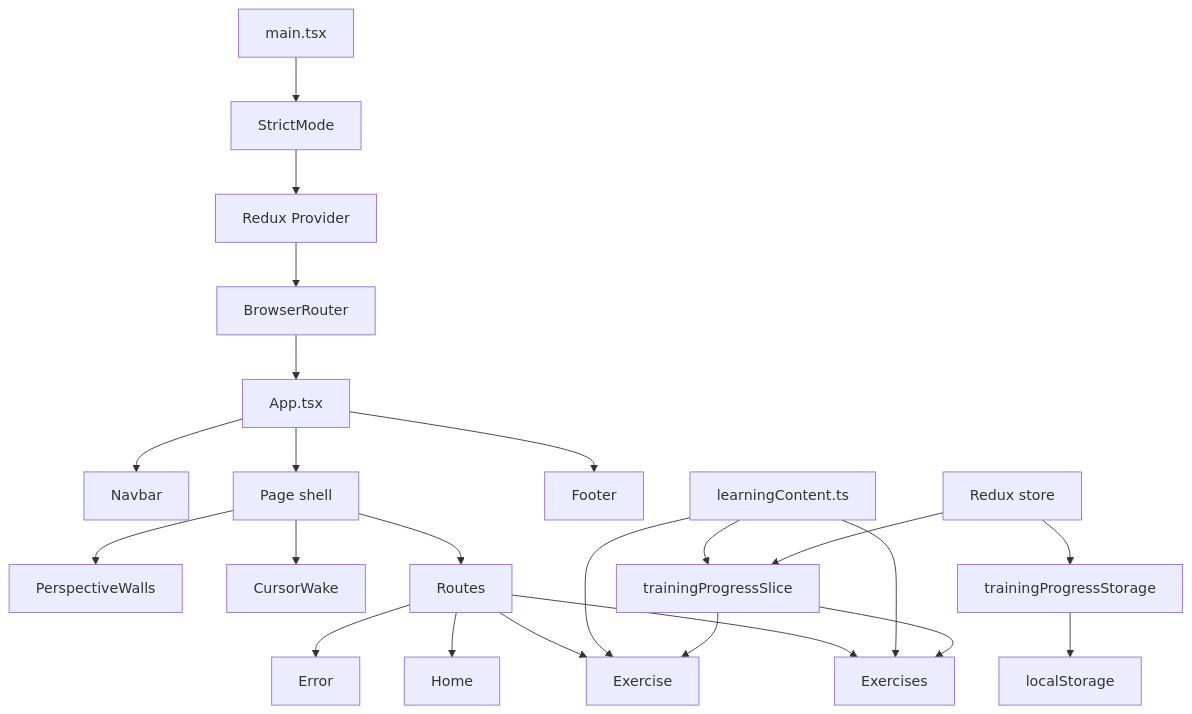
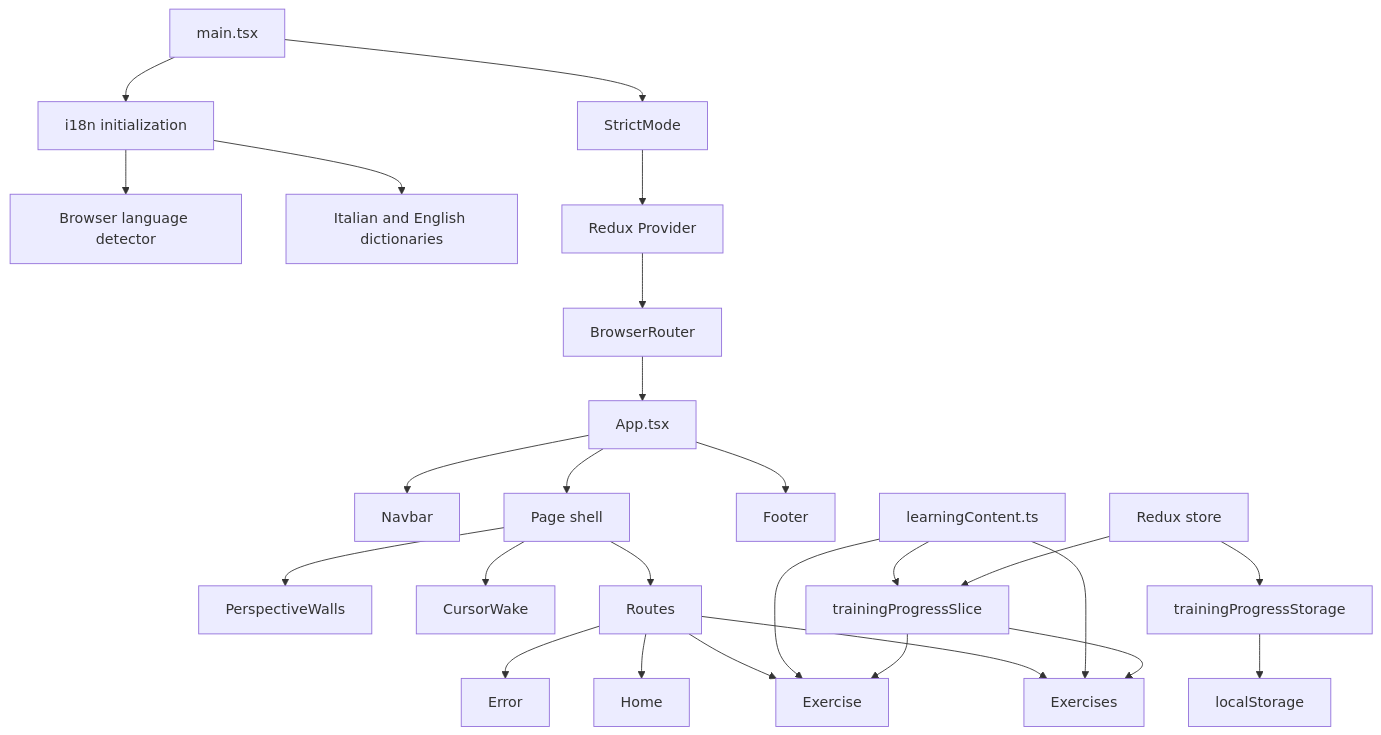
The first of 2 diagrams in README.md (FabryPostRock/MeditActiveReact), drawn with Mermaid before and after one commit. The commit also changed other lines of this file, not shown here.

Commit message:
docs description regarding language management

````diff
--- a/README.md
+++ b/README.md
@@ -155,30 +165,33 @@
 ```mermaid
 flowchart TD
     A[main.tsx] --> B[StrictMode]
+    A --> U[i18n initialization]
+    U --> V[Browser language detector]
+    U --> W[Italian and English dictionaries]
     B --> C[Redux Provider]
     C --> D[BrowserRouter]
     D --> E[App.tsx]
 
     E --> F[Navbar]
     E --> G[Page shell]
     E --> H[Footer]
 
     G --> I[PerspectiveWalls]
     G --> J[CursorWake]
     G --> K[Routes]
 
     K --> L[Home]
     K --> M[Exercises]
     K --> N[Exercise]
     K --> O[Error]
 
     P[learningContent.ts] --> M
     P --> N
     P --> Q[trainingProgressSlice]
 
     R[Redux store] --> Q
     Q --> M
     Q --> N
     R --> S[trainingProgressStorage]
     S --> T[localStorage]
 ```
````
